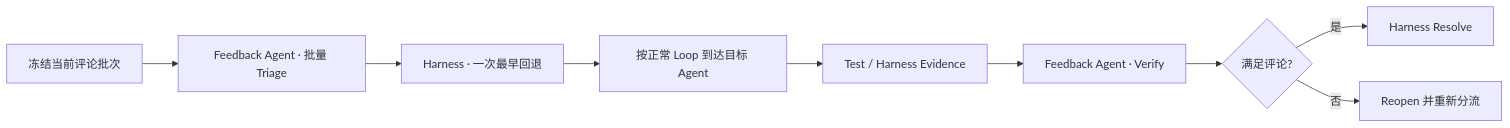
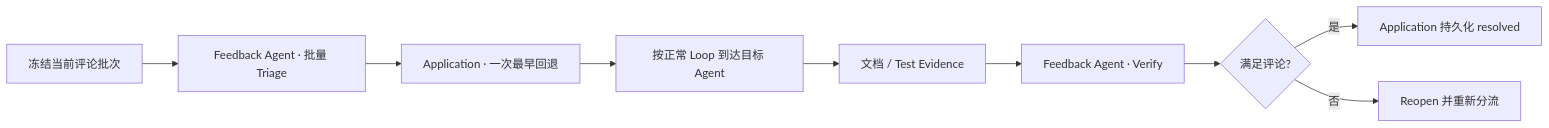
The second of 3 diagrams in docs/l4-loop-handbook.md (InspireChina/ai4se-loop-workflow), drawn with Mermaid before and after one commit. The commit also changed other lines of this file and 25 other files, not shown here.

````diff
--- a/docs/l4-loop-handbook.md
+++ b/docs/l4-loop-handbook.md
@@ -248,11 +248,11 @@
 ```mermaid
 flowchart LR
     comment["冻结当前评论批次"] --> triage["Feedback Agent · 批量 Triage"]
-    triage --> frontier["Harness · 一次最早回退"]
+    triage --> frontier["Application · 一次最早回退"]
     frontier --> target["按正常 Loop 到达目标 Agent"]
-    target --> evidence["Test / Harness Evidence"]
+    target --> evidence["文档 / Test Evidence"]
     evidence --> verify["Feedback Agent · Verify"]
     verify --> result{"满足评论?"}
-    result -->|"是"| resolved["Harness Resolve"]
+    result -->|"是"| resolved["Application 持久化 resolved"]
     result -->|"否"| reopen["Reopen 并重新分流"]
 ```
````
